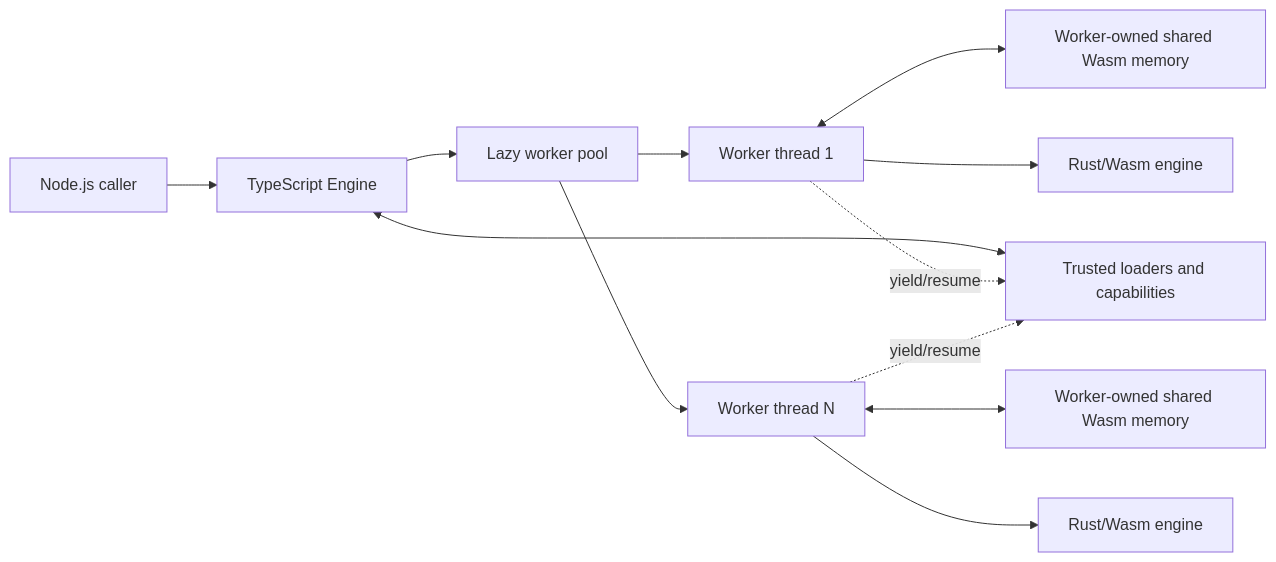
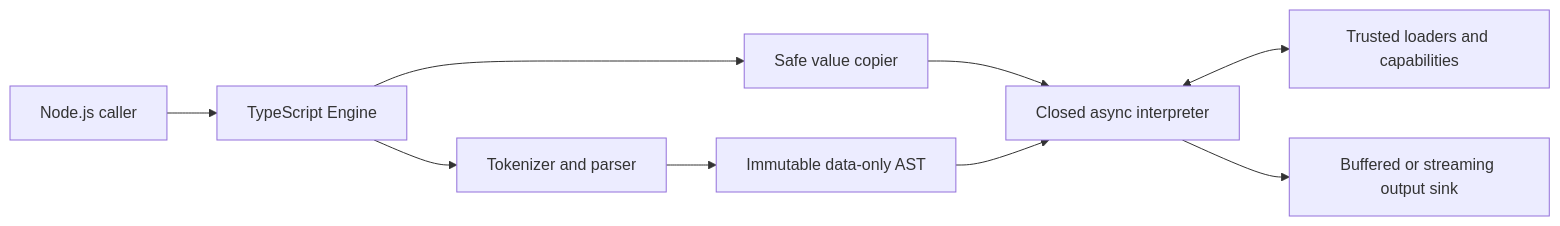
Before and after one commit to Rugvip/nunjitsu: the diagram in docs/architecture.md, drawn with Mermaid. The commit also changed other lines of this file and 8 other files, not shown here.

Commit message:
docs: replace Wasm runtime with native interpreter plan

````diff
--- a/docs/architecture.md
+++ b/docs/architecture.md
@@ -24,14 +23,11 @@
 ```mermaid
 flowchart LR
     A["Node.js caller"] --> B["TypeScript Engine"]
-    B --> C["Lazy worker pool"]
-    C --> D1["Worker thread 1"]
-    C --> D2["Worker thread N"]
-    D1 <--> M1["Worker-owned shared Wasm memory"]
-    D2 <--> M2["Worker-owned shared Wasm memory"]
-    D1 --> W1["Rust/Wasm engine"]
-    D2 --> W2["Rust/Wasm engine"]
-    B <--> E["Trusted loaders and capabilities"]
-    D1 -. "yield/resume" .-> E
-    D2 -. "yield/resume" .-> E
+    B --> C["Safe value copier"]
+    B --> D["Tokenizer and parser"]
+    D --> E["Immutable data-only AST"]
+    C --> F["Closed async interpreter"]
+    E --> F
+    F <--> G["Trusted loaders and capabilities"]
+    F --> H["Buffered or streaming output sink"]
 ```
````
